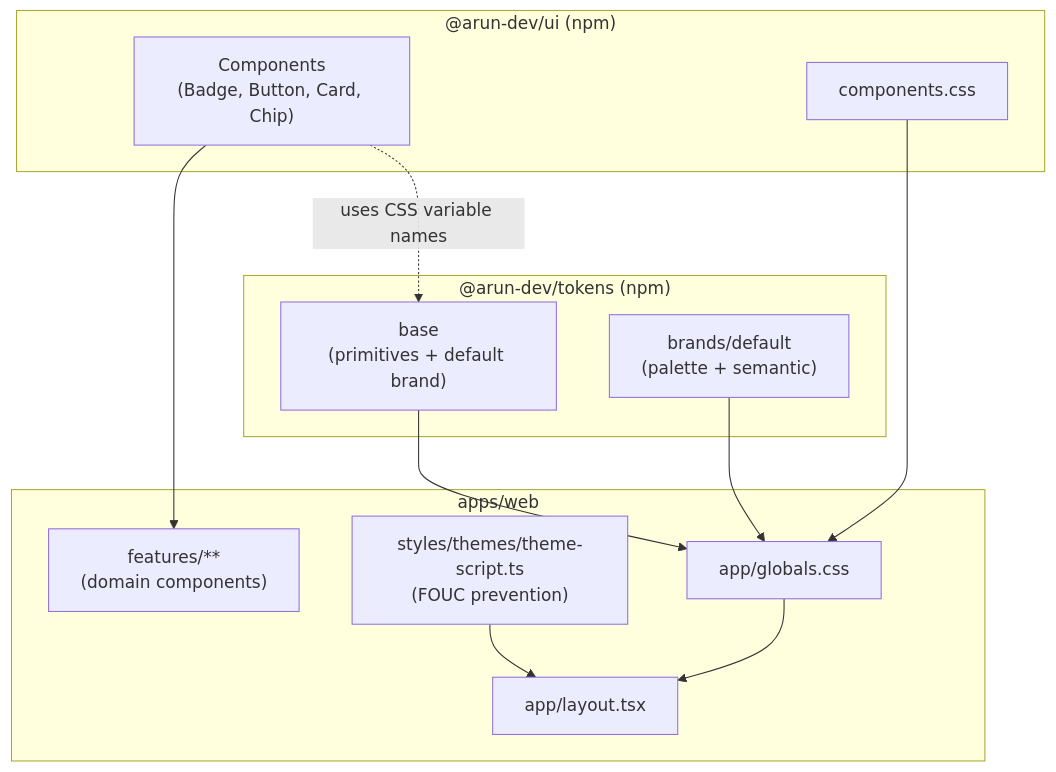
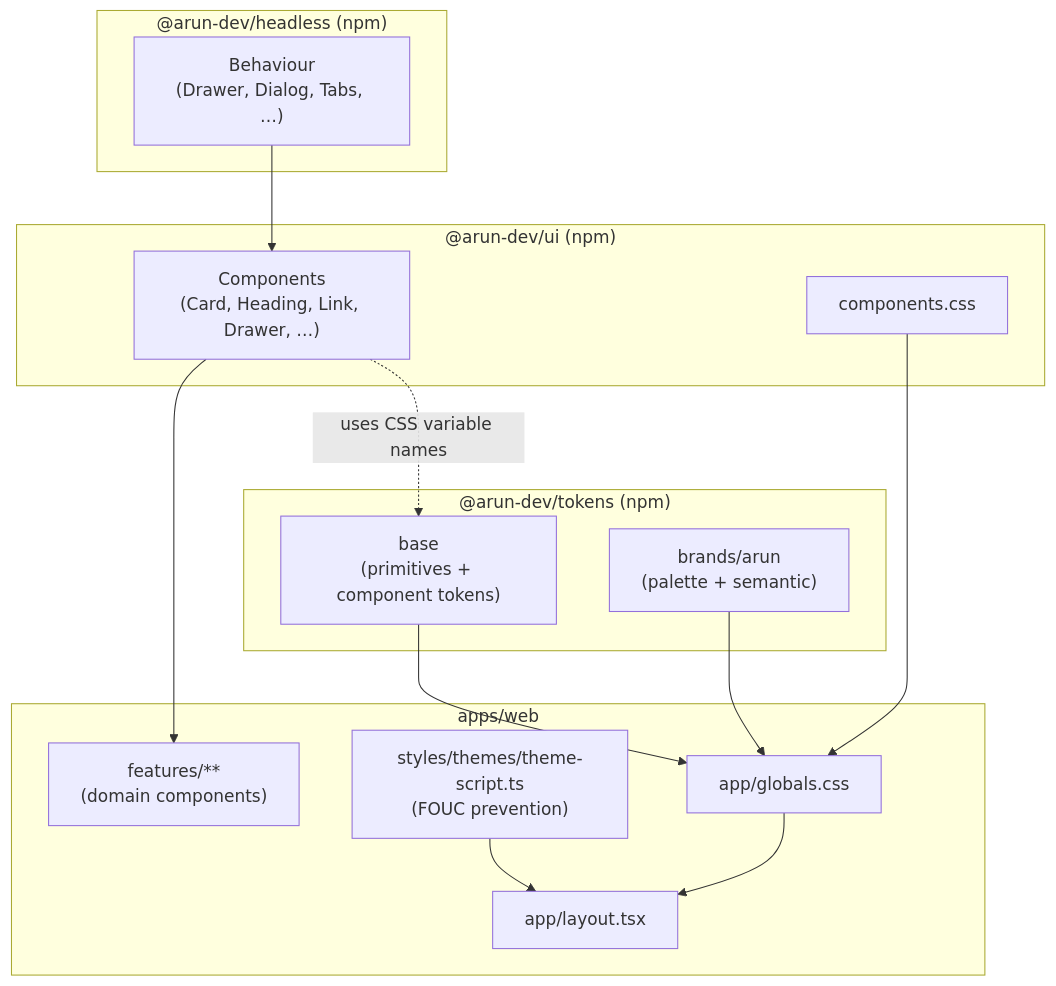
Before and after one commit to arun9483/arun-dev-platform: the first of 6 diagrams in docs/design-system.md, drawn with Mermaid. The commit also changed other lines of this file and 41 other files, not shown here.

First line of the commit message:
feat(ui): adopt the design system at tokens 1.0, with the arun brand (#18)

````diff
--- a/docs/design-system.md
+++ b/docs/design-system.md
@@ -28,27 +28,32 @@
 ```mermaid
 graph TD
     subgraph "@arun-dev/tokens (npm)"
-        BASE["base<br/>(primitives + default brand)"]
-        DEFAULT["brands/default<br/>(palette + semantic)"]
+        BASE["base<br/>(primitives + component tokens)"]
+        DEFAULT["brands/arun<br/>(palette + semantic)"]
     end
 
     subgraph "@arun-dev/ui (npm)"
-        COMP["Components<br/>(Badge, Button, Card, Chip)"]
+        COMP["Components<br/>(Card, Heading, Link, Drawer, …)"]
         UICSS["components.css"]
+    end
+
+    subgraph "@arun-dev/headless (npm)"
+        HEADLESS["Behaviour<br/>(Drawer, Dialog, Tabs, …)"]
     end
 
     subgraph "apps/web"
         GLOBALS["app/globals.css"]
         LAYOUT["app/layout.tsx"]
         THEME_SCRIPT["styles/themes/theme-script.ts<br/>(FOUC prevention)"]
         FEATURES["features/**<br/>(domain components)"]
     end
 
     BASE --> GLOBALS
     DEFAULT --> GLOBALS
     UICSS --> GLOBALS
     GLOBALS --> LAYOUT
     THEME_SCRIPT --> LAYOUT
     COMP --> FEATURES
+    HEADLESS --> COMP
     COMP -.->|"uses CSS variable names"| BASE
 ```
````
